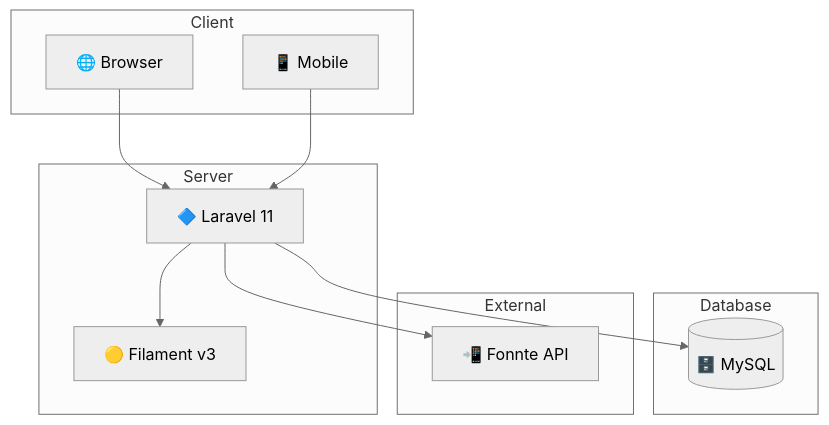
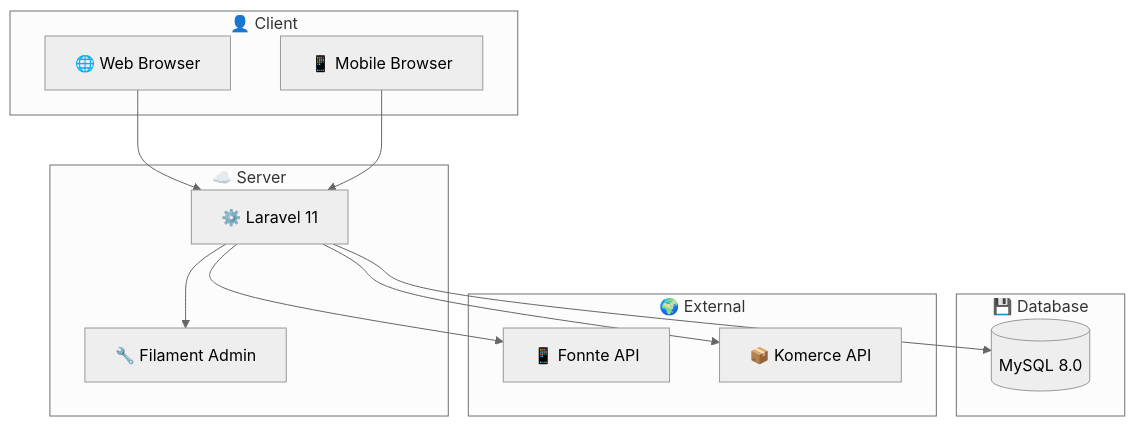
The seventh of 7 diagrams in docs/BLACK_BOX_TESTING.md (mustarisyahding07-spec/WEBSITE_SKRIPSI_MUSTARI), drawn with Mermaid (neutral theme) before and after one commit. The commit also changed other lines of this file and 7 other files, not shown here.

````diff
--- a/docs/BLACK_BOX_TESTING.md
+++ b/docs/BLACK_BOX_TESTING.md
@@ -309,26 +332,28 @@
 ```mermaid
 graph TD
-    subgraph "Client"
-        Browser["🌐 Browser"]
-        Mobile["📱 Mobile"]
+    subgraph "👤 Client"
+        Browser[🌐 Web Browser]
+        Mobile[📱 Mobile Browser]
     end
     
-    subgraph "Server"
-        Laravel["🔷 Laravel 11"]
-        Filament["🟡 Filament v3"]
+    subgraph "☁️ Server"
+        Laravel[⚙️ Laravel 11]
+        Filament[🔧 Filament Admin]
     end
     
-    subgraph "Database"
-        MySQL[("🗄️ MySQL")]
+    subgraph "💾 Database"
+        MySQL[(MySQL 8.0)]
     end
     
-    subgraph "External"
-        Fonnte["📲 Fonnte API"]
+    subgraph "🌍 External"
+        Fonnte[📱 Fonnte API]
+        Komerce[📦 Komerce API]
     end
     
     Browser --> Laravel
     Mobile --> Laravel
     Laravel --> Filament
     Laravel --> MySQL
     Laravel --> Fonnte
+    Laravel --> Komerce
 ```
````
